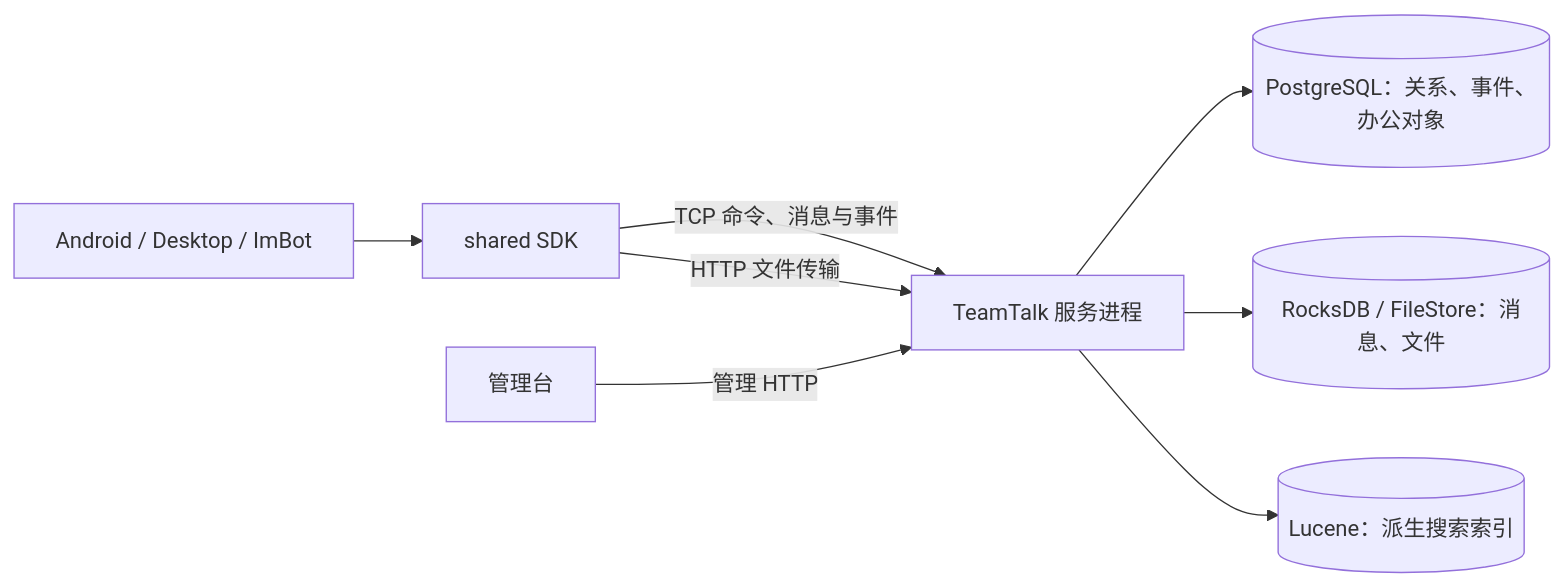
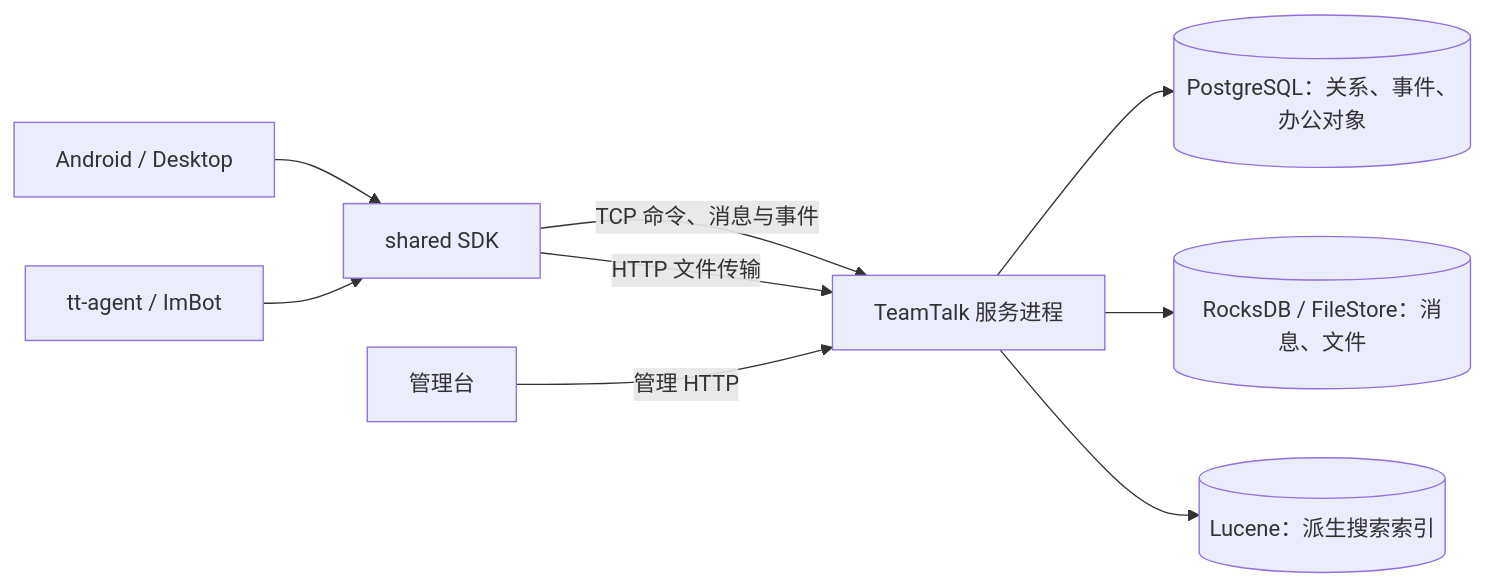
Before and after one commit to virjar/team-talk: the diagram in doc/03-architecture/README.md, drawn with Mermaid. The commit also changed other lines of this file and 126 other files, not shown here.

First line of the commit message:
refactor: extract client/headless module with ImBot runtime (plan B)

````diff
--- a/doc/03-architecture/README.md
+++ b/doc/03-architecture/README.md
@@ -12,10 +12,11 @@
 ```mermaid
 flowchart LR
-    Clients["Android / Desktop / ImBot"] --> SDK["shared SDK"]
+    Clients["Android / Desktop"] --> SDK["shared SDK"]
+    Headless["tt-agent / ImBot"] --> SDK
     SDK -- "TCP 命令、消息与事件" --> Server["TeamTalk 服务进程"]
     SDK -- "HTTP 文件传输" --> Server
     Admin["管理台"] -- "管理 HTTP" --> Server
     Server --> PG[("PostgreSQL：关系、事件、办公对象")]
     Server --> Rocks[("RocksDB / FileStore：消息、文件")]
     Server --> Lucene[("Lucene：派生搜索索引")]
 ```
````
